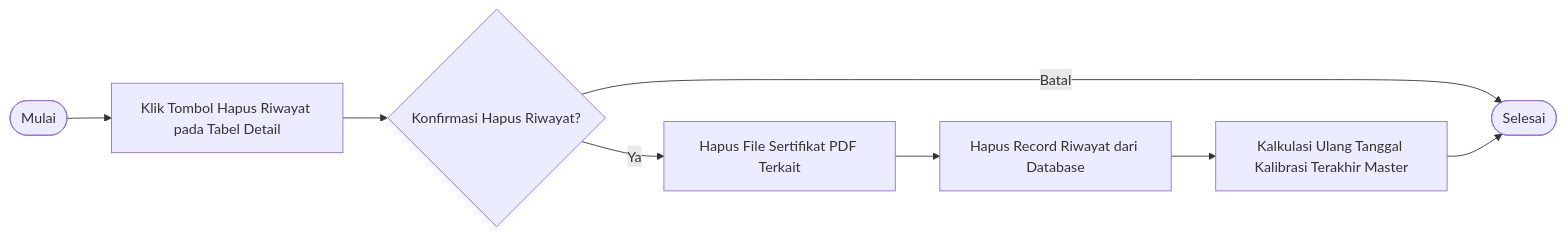
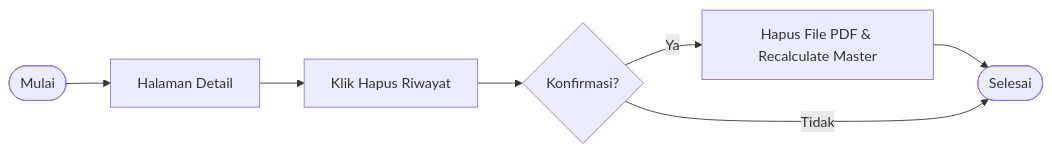
Before and after one commit to ebenlimbong/pmn-kalibrasi: the eighth of 9 diagrams in bpm_workflow_level_list.md, drawn with Mermaid. The commit also changed other lines of this file and 1 other file, not shown here.

Commit message:
docs: selaraskan format tabel rincian proses bisnis 100% persis dengan standar blueprint inalum

````diff
--- a/bpm_workflow_level_list.md
+++ b/bpm_workflow_level_list.md
@@ -183,10 +127,5 @@
 ```mermaid
 flowchart LR
-    A([Mulai]) --> B[Klik Tombol Hapus Riwayat pada Tabel Detail]
-    B --> C{Konfirmasi Hapus Riwayat?}
-    C -->|Batal| D([Selesai])
-    C -->|Ya| E[Hapus File Sertifikat PDF Terkait]
-    E --> F[Hapus Record Riwayat dari Database]
-    F --> G[Kalkulasi Ulang Tanggal Kalibrasi Terakhir Master]
-    G --> D
+    A([Mulai]) --> B[Halaman Detail] --> C[Klik Hapus Riwayat] --> D{Konfirmasi?} -->|Ya| E[Hapus File PDF & Recalculate Master] --> F([Selesai])
+    D -->|Tidak| F
 ```
````
